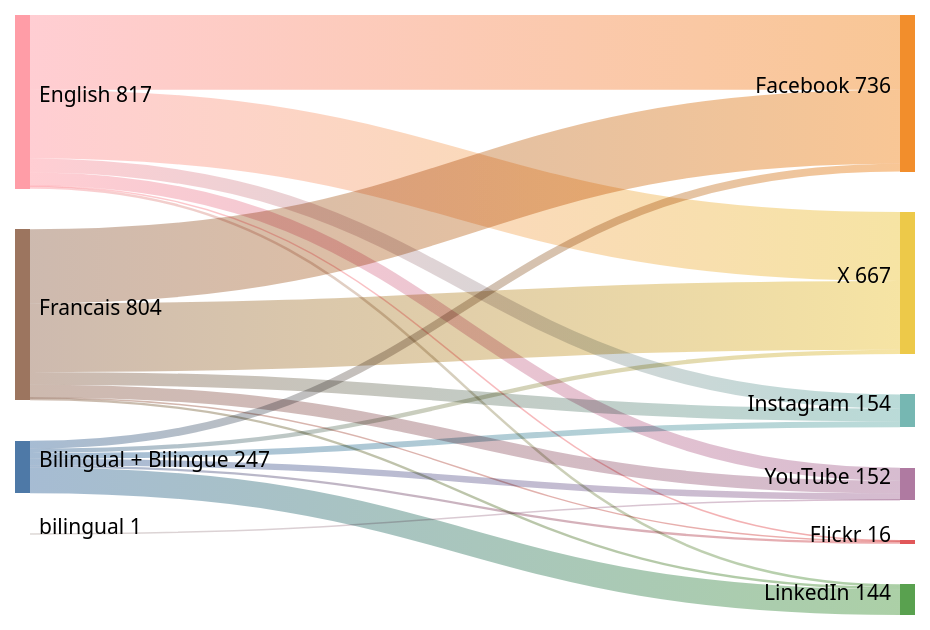
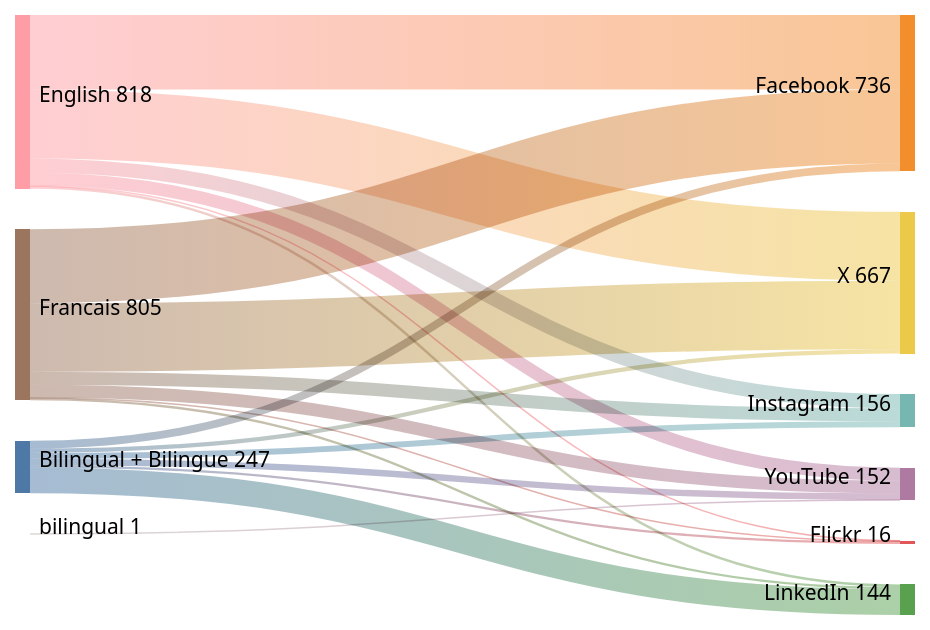
One commit to PatLittle/GC-Socials changed the diagram in sankey_diagram.md. Above: the diagram before and after it, drawn with Mermaid (forest theme).

Commit message:
Update Sankey diagram for the most recent day

````diff
--- a/sankey_diagram.md
+++ b/sankey_diagram.md
@@ -1,22 +1,22 @@
 ```mermaid
 sankey-beta
   Bilingual + Bilingue,Facebook,37
   Bilingual + Bilingue,Flickr,11
   Bilingual + Bilingue,Instagram,28
   Bilingual + Bilingue,LinkedIn,121
   Bilingual + Bilingue,X,20
   Bilingual + Bilingue,YouTube,30
   English,Facebook,351
   English,Flickr,3
-  English,Instagram,66
+  English,Instagram,67
   English,LinkedIn,12
   English,X,324
   English,YouTube,61
   Francais,Facebook,348
   Francais,Flickr,2
-  Francais,Instagram,60
+  Francais,Instagram,61
   Francais,LinkedIn,11
   Francais,X,323
   Francais,YouTube,60
   bilingual,YouTube,1
 ```
````
